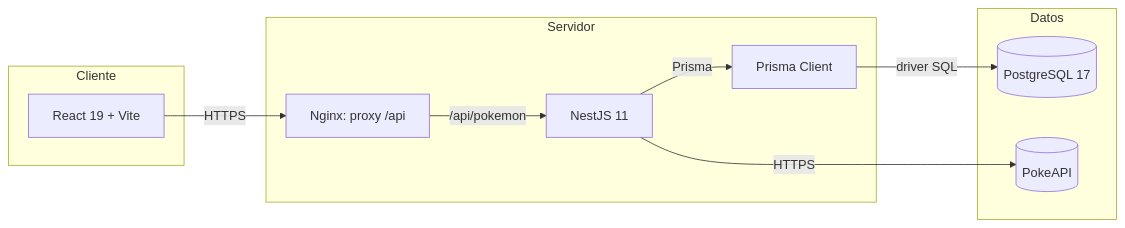
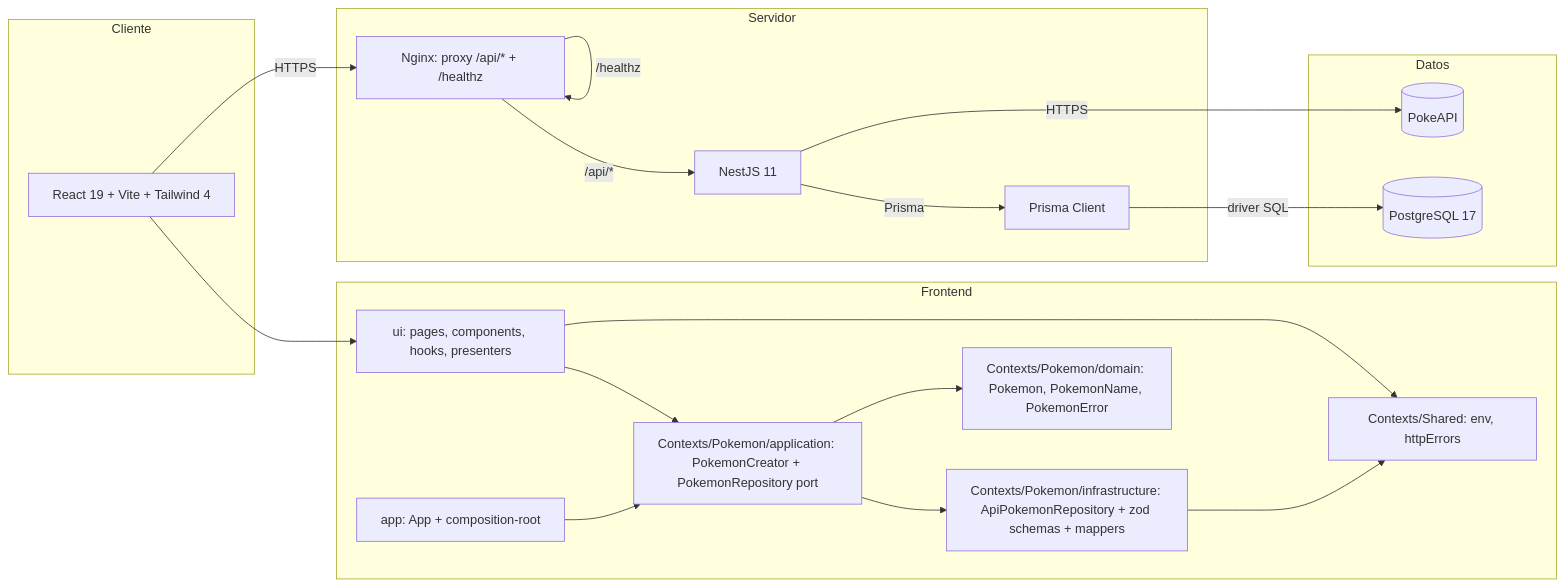
Before and after one commit to jcvegab/pokemon-amaris: the second of 2 diagrams in docs/DIAGRAM.md, drawn with Mermaid. The commit also changed other lines of this file and 12 other files, not shown here.

````diff
--- a/docs/DIAGRAM.md
+++ b/docs/DIAGRAM.md
@@ -75,20 +109,37 @@
 ```mermaid
 flowchart LR
     subgraph Cliente
-        Browser[React 19 + Vite]
+        Browser[React 19 + Vite + Tailwind 4]
+    end
+    subgraph Frontend
+        UI[ui: pages, components, hooks, presenters]
+        App[app: App + composition-root]
+        AppCtx[Contexts/Pokemon/application: PokemonCreator + PokemonRepository port]
+        Infra[Contexts/Pokemon/infrastructure: ApiPokemonRepository + zod schemas + mappers]
+        Domain[Contexts/Pokemon/domain: Pokemon, PokemonName, PokemonError]
+        Shared[Contexts/Shared: env, httpErrors]
     end
     subgraph Servidor
-        Nginx[Nginx: proxy /api]
+        Nginx[Nginx: proxy /api/* + /healthz]
         Nest[NestJS 11]
         Prisma[Prisma Client]
     end
     subgraph Datos
         Postgres[(PostgreSQL 17)]
         PokeAPI[(PokeAPI)]
     end
+
+    Browser --> UI
+    UI --> AppCtx
+    App --> AppCtx
+    AppCtx --> Infra
+    AppCtx --> Domain
+    Infra --> Shared
+    UI --> Shared
     Browser -- HTTPS --> Nginx
-    Nginx -- /api/pokemon --> Nest
+    Nginx -- /api/* --> Nest
+    Nginx -- /healthz --> Nginx
     Nest -- Prisma --> Prisma
     Prisma -- driver SQL --> Postgres
     Nest -- HTTPS --> PokeAPI
 ```
````
